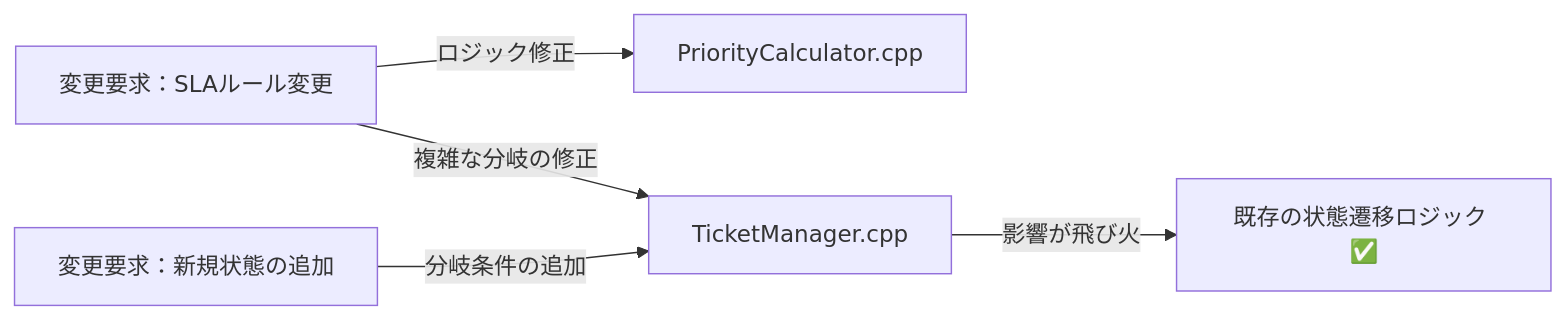
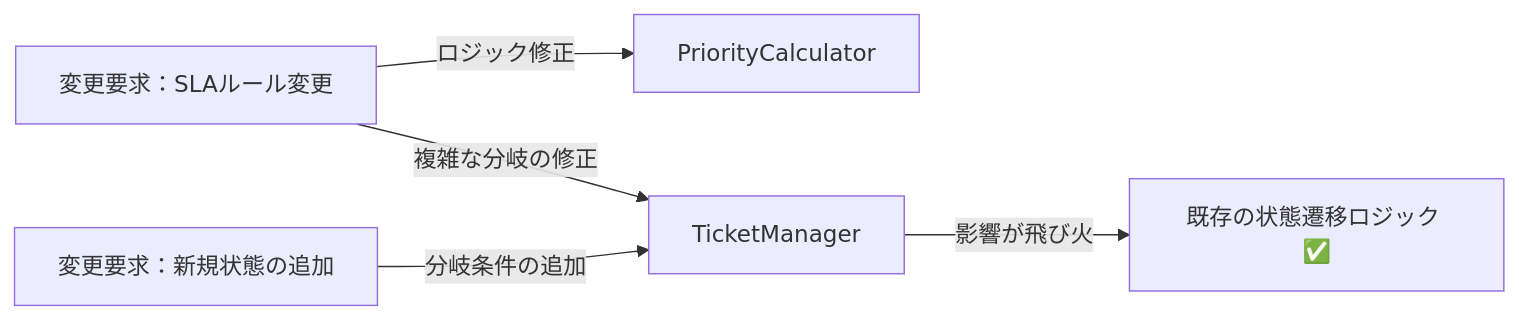
The third of 11 diagrams in kindle/design-patterns/output/chapter09_2.md (kumachan1101-pixel/DesignPattern), drawn with Mermaid before and after one commit. The commit also changed other lines of this file and 8 other files, not shown here.

````diff
--- a/kindle/design-patterns/output/chapter09_2.md
+++ b/kindle/design-patterns/output/chapter09_2.md
@@ -251,7 +251,7 @@
 ```mermaid
 graph LR
-    T1["変更要求：SLAルール変更"] -->|"ロジック修正"| A["PriorityCalculator.cpp"]
-    T1 -->|"複雑な分岐の修正"| B["TicketManager.cpp"]
+    T1["変更要求：SLAルール変更"] -->|"ロジック修正"| A["PriorityCalculator"]
+    T1 -->|"複雑な分岐の修正"| B["TicketManager"]
     T2["変更要求：新規状態の追加"] -->|"分岐条件の追加"| B
     B -->|"影響が飛び火"| C["既存の状態遷移ロジック ✅"]
 ```
````
